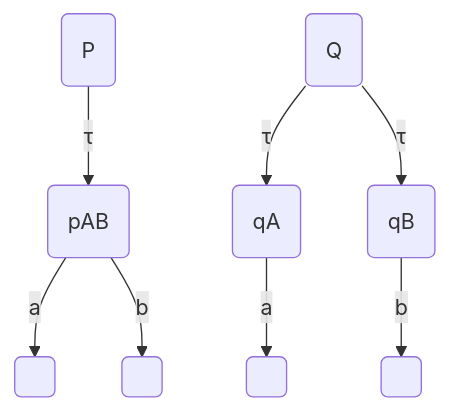
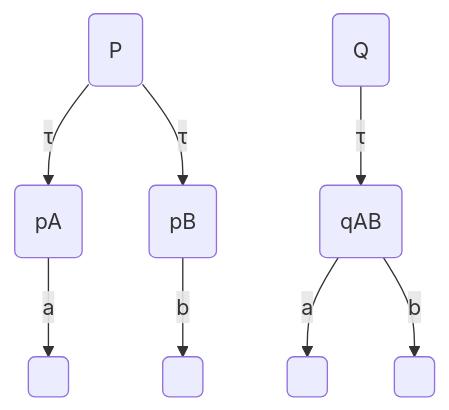
The diagram in 02_background.qmd (benkeks/generalized-equivalence-checking), drawn with Mermaid before and after one commit. The commit also changed other lines of this file and 1 other file, not shown here.

````diff
--- a/02_background.qmd
+++ b/02_background.qmd
@@ -33,11 +40,12 @@
   ```{mermaid}
   flowchart TD
-    p0(P) -- τ --> pAB(pAB)
-    pAB -- a --> pA( )
-    pAB -- b --> pB( )
+    p0(P) -- τ --> pA(pA)
+    p0 -- τ --> pB(pB)
+    pA -- a --> pA0( )
+    pB -- b --> pB0( )
 
-    q0(Q) -- τ --> qA(qA)
-    q0 -- τ --> qB(qB)
-    qA -- a --> qA0( )
-    qB -- b --> qB0( )
+    q0(Q) -- τ --> qAB(qAB)
+    qAB -- a --> qA( )
+    qAB -- b --> qB( )
+
   ```
````
